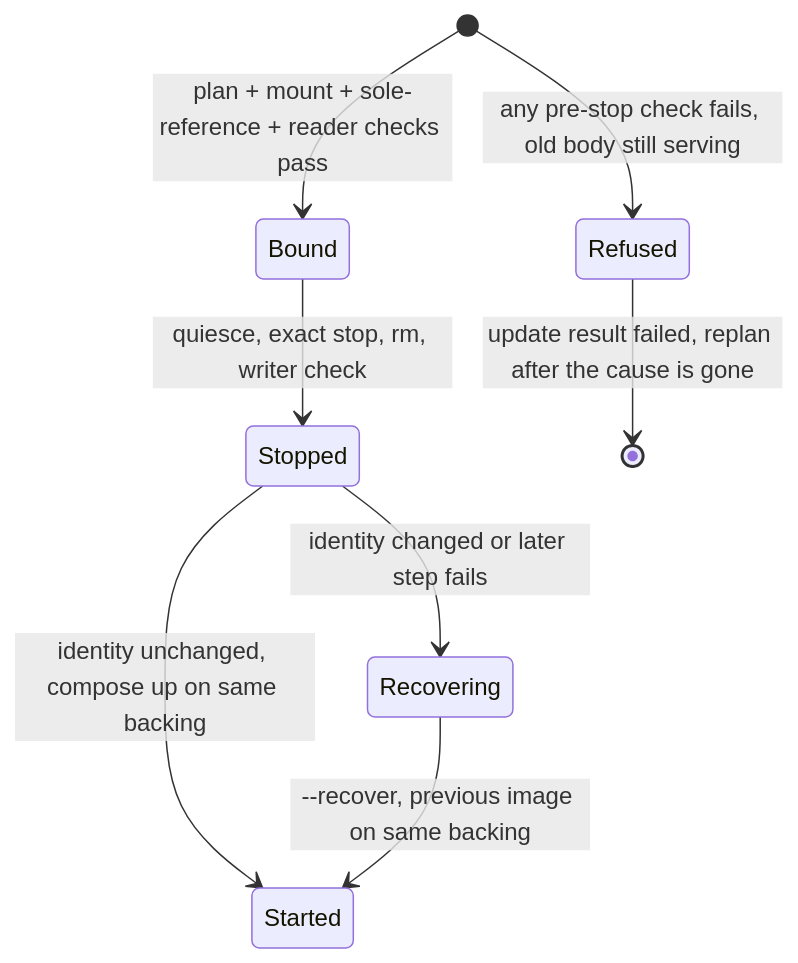
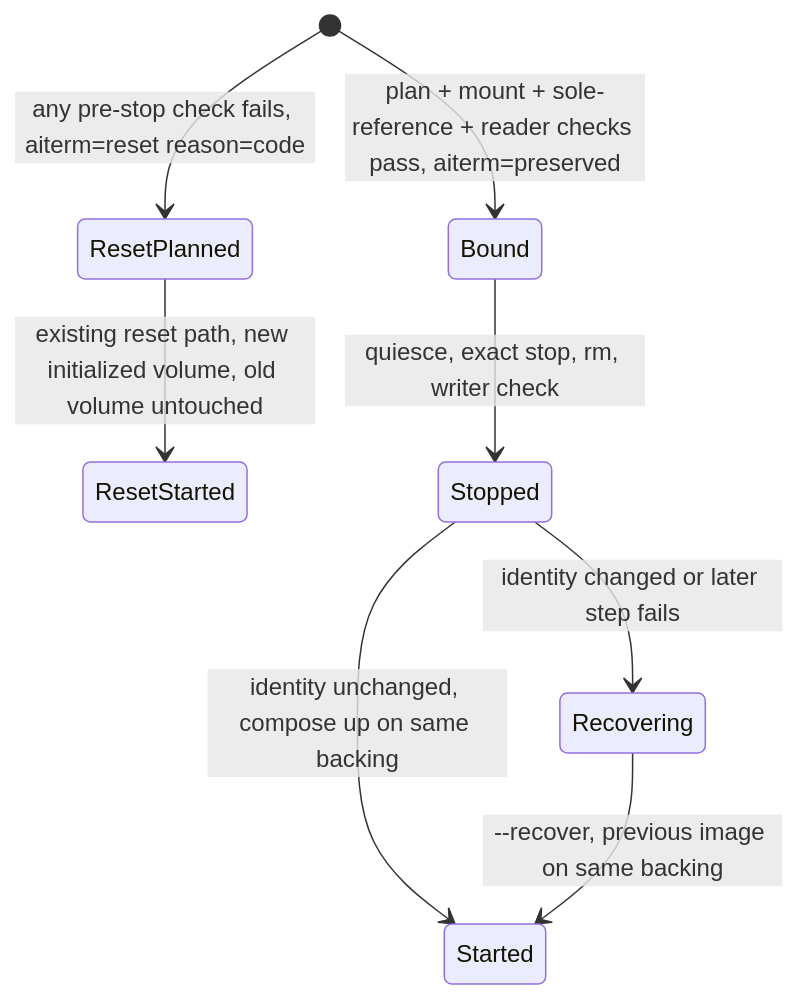
One commit to kitepon/BellTeam changed the seventh of 7 diagrams in docs/architecture/modules/runtime/container-update-bundled.md. Above: the diagram before and after it, drawn with Mermaid. The commit also changed other lines of this file and 4 other files, not shown here.

First line of the commit message:
Fall back to the existing reset when preserve checks fail before the stop

````diff
--- a/docs/architecture/modules/runtime/container-update-bundled.md
+++ b/docs/architecture/modules/runtime/container-update-bundled.md
@@ -187,10 +190,10 @@
 ```mermaid
 stateDiagram-v2
-  [*] --> Bound: plan + mount + sole-reference + reader checks pass
-  [*] --> Refused: any pre-stop check fails, old body still serving
+  [*] --> Bound: plan + mount + sole-reference + reader checks pass, aiterm=preserved
+  [*] --> ResetPlanned: any pre-stop check fails, aiterm=reset reason=code
+  ResetPlanned --> ResetStarted: existing reset path, new initialized volume, old volume untouched
   Bound --> Stopped: quiesce, exact stop, rm, writer check
   Stopped --> Started: identity unchanged, compose up on same backing
   Stopped --> Recovering: identity changed or later step fails
   Recovering --> Started: --recover, previous image on same backing
-  Refused --> [*]: update result failed, replan after the cause is gone
 ```
````
